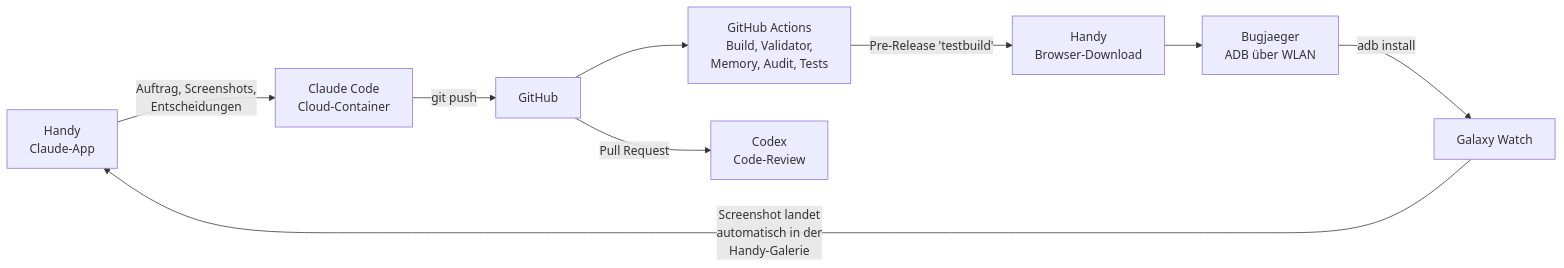
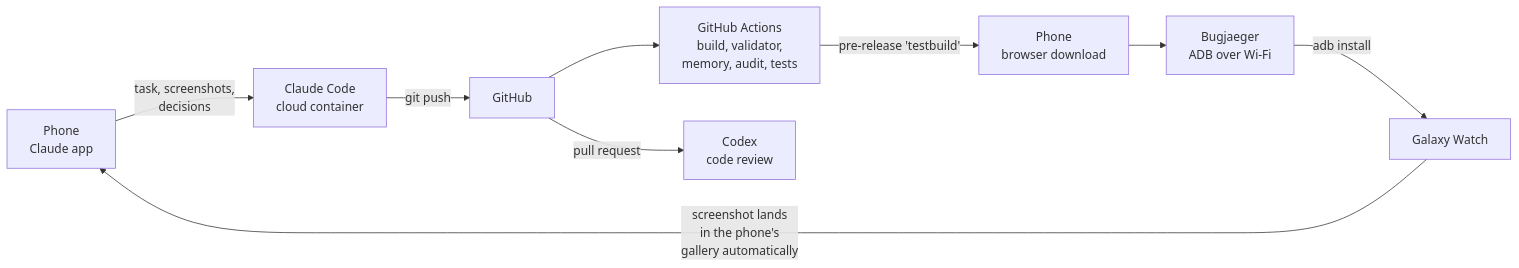
One commit to Syztie/HyprlandWatchface changed the diagram in README.md. Above: the diagram before and after it, drawn with Mermaid. The commit also changed other lines of this file and 5 other files, not shown here.

````diff
--- a/README.md
+++ b/README.md
@@ -76,11 +83,11 @@
 ```mermaid
 flowchart LR
-    A[Handy<br/>Claude-App] -->|Auftrag, Screenshots,<br/>Entscheidungen| B[Claude Code<br/>Cloud-Container]
+    A[Phone<br/>Claude app] -->|task, screenshots,<br/>decisions| B[Claude Code<br/>cloud container]
     B -->|git push| C[GitHub]
-    C --> D[GitHub Actions<br/>Build, Validator,<br/>Memory, Audit, Tests]
-    D -->|Pre-Release 'testbuild'| E[Handy<br/>Browser-Download]
-    E --> F[Bugjaeger<br/>ADB über WLAN]
+    C --> D[GitHub Actions<br/>build, validator,<br/>memory, audit, tests]
+    D -->|pre-release 'testbuild'| E[Phone<br/>browser download]
+    E --> F[Bugjaeger<br/>ADB over Wi-Fi]
     F -->|adb install| G[Galaxy Watch]
-    G -->|Screenshot landet<br/>automatisch in der<br/>Handy-Galerie| A
-    C -->|Pull Request| H[Codex<br/>Code-Review]
+    G -->|screenshot lands<br/>in the phone's<br/>gallery automatically| A
+    C -->|pull request| H[Codex<br/>code review]
 ```
````
